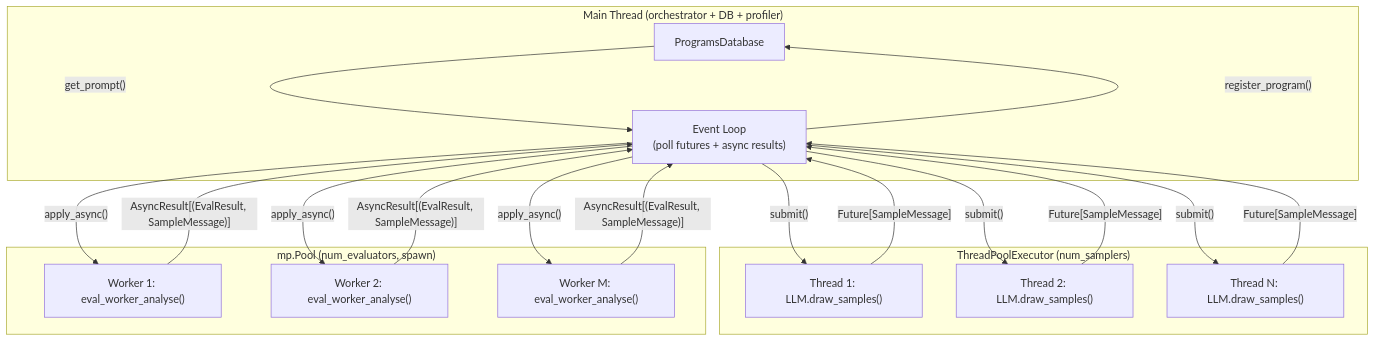
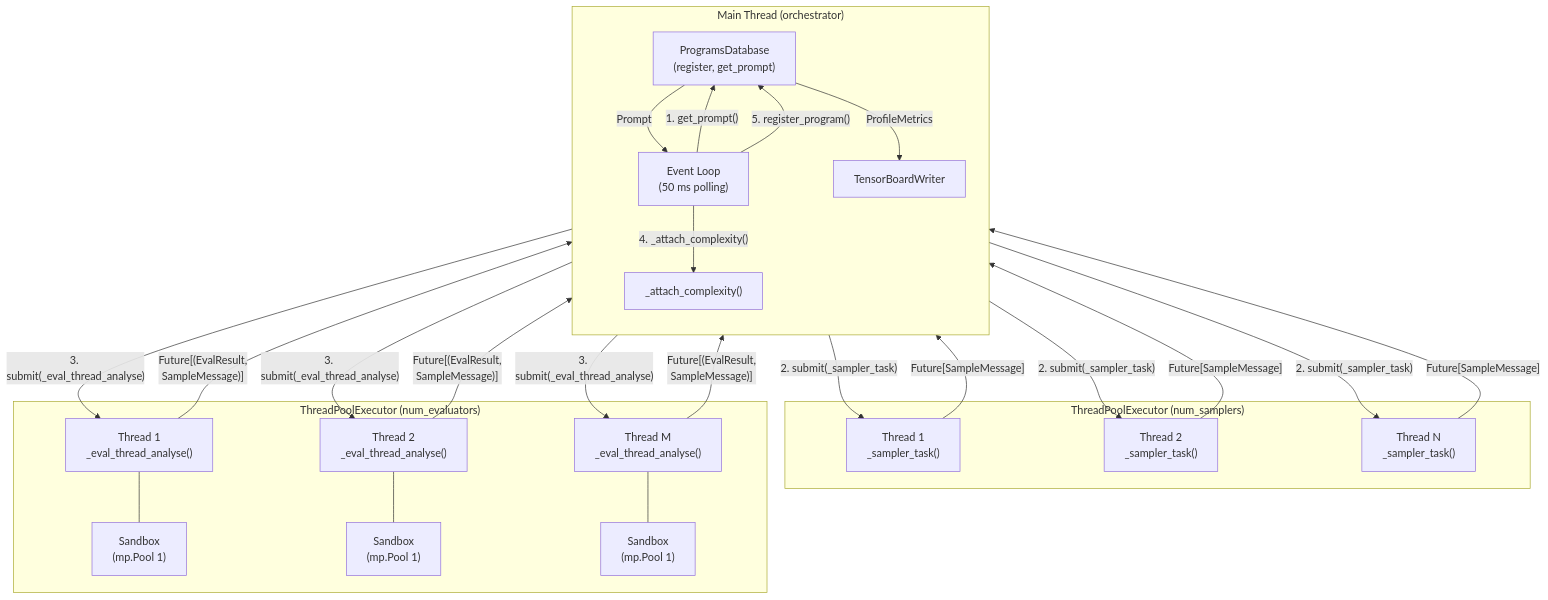
Before and after one commit to haolunc/AlphaEvolve_SymbolicRegression: the diagram in docs/architecture/pipeline.md, drawn with Mermaid. The commit also changed other lines of this file and 35 other files, not shown here.

````diff
--- a/docs/architecture/pipeline.md
+++ b/docs/architecture/pipeline.md
@@ -18,38 +14,48 @@
 ```{mermaid}
 flowchart TB
-    subgraph main ["Main Thread (orchestrator + DB + profiler)"]
-        DB["ProgramsDatabase"]
-        LOOP["Event Loop\n(poll futures + async results)"]
+    subgraph main ["Main Thread (orchestrator)"]
+        direction TB
+        DB["ProgramsDatabase\n(register, get_prompt)"]
+        CX["_attach_complexity()"]
+        TB_["TensorBoardWriter"]
+        LOOP["Event Loop\n(50 ms polling)"]
     end
 
-    subgraph threads ["ThreadPoolExecutor (num_samplers)"]
-        T1["Thread 1: LLM.draw_samples()"]
-        T2["Thread 2: LLM.draw_samples()"]
-        TN["Thread N: LLM.draw_samples()"]
+    subgraph spool ["ThreadPoolExecutor (num_samplers)"]
+        S1["Thread 1\n_sampler_task()"]
+        S2["Thread 2\n_sampler_task()"]
+        SN["Thread N\n_sampler_task()"]
     end
 
-    subgraph pool ["mp.Pool (num_evaluators, spawn)"]
-        P1["Worker 1: eval_worker_analyse()"]
-        P2["Worker 2: eval_worker_analyse()"]
-        PM["Worker M: eval_worker_analyse()"]
+    subgraph epool ["ThreadPoolExecutor (num_evaluators)"]
+        E1["Thread 1\n_eval_thread_analyse()"]
+        E2["Thread 2\n_eval_thread_analyse()"]
+        EM["Thread M\n_eval_thread_analyse()"]
+
+        E1 --- SB1["Sandbox\n(mp.Pool 1)"]
+        E2 --- SB2["Sandbox\n(mp.Pool 1)"]
+        EM --- SBM["Sandbox\n(mp.Pool 1)"]
     end
 
-    DB -->|"get_prompt()"| LOOP
-    LOOP -->|"submit()"| T1
-    LOOP -->|"submit()"| T2
-    LOOP -->|"submit()"| TN
+    LOOP -->|"1. get_prompt()"| DB
+    DB -->|"Prompt"| LOOP
+    LOOP -->|"2. submit(_sampler_task)"| S1
+    LOOP -->|"2. submit(_sampler_task)"| S2
+    LOOP -->|"2. submit(_sampler_task)"| SN
 
-    T1 -->|"Future[SampleMessage]"| LOOP
-    T2 -->|"Future[SampleMessage]"| LOOP
-    TN -->|"Future[SampleMessage]"| LOOP
+    S1 -->|"Future[SampleMessage]"| LOOP
+    S2 -->|"Future[SampleMessage]"| LOOP
+    SN -->|"Future[SampleMessage]"| LOOP
 
-    LOOP -->|"apply_async()"| P1
-    LOOP -->|"apply_async()"| P2
-    LOOP -->|"apply_async()"| PM
+    LOOP -->|"3. submit(_eval_thread_analyse)"| E1
+    LOOP -->|"3. submit(_eval_thread_analyse)"| E2
+    LOOP -->|"3. submit(_eval_thread_analyse)"| EM
 
-    P1 -->|"AsyncResult[(EvalResult, SampleMessage)]"| LOOP
-    P2 -->|"AsyncResult[(EvalResult, SampleMessage)]"| LOOP
-    PM -->|"AsyncResult[(EvalResult, SampleMessage)]"| LOOP
+    E1 -->|"Future[(EvalResult,\nSampleMessage)]"| LOOP
+    E2 -->|"Future[(EvalResult,\nSampleMessage)]"| LOOP
+    EM -->|"Future[(EvalResult,\nSampleMessage)]"| LOOP
 
-    LOOP -->|"register_program()"| DB
+    LOOP -->|"4. _attach_complexity()"| CX
+    LOOP -->|"5. register_program()"| DB
+    DB -->|"ProfileMetrics"| TB_
 ```
````
